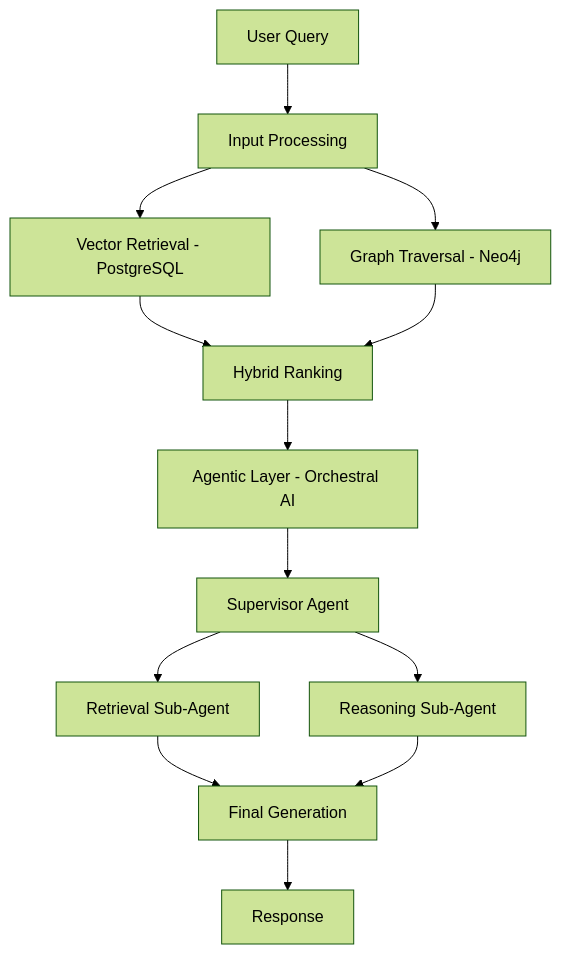
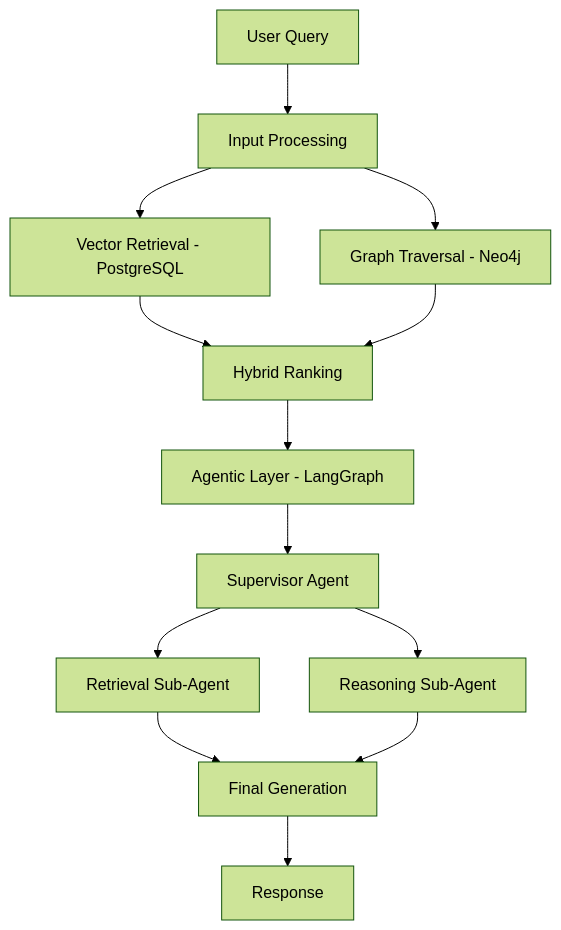
One commit to raqkaaq/ArxivResearchAgent changed the first of 3 diagrams in RAG_PRD.md. Above: the diagram before and after it, drawn with Mermaid (forest theme). The commit also changed other lines of this file and 9 other files, not shown here.

````diff
--- a/RAG_PRD.md
+++ b/RAG_PRD.md
@@ -33,15 +33,15 @@
 ```mermaid
 graph TD
     A[User Query] --> B[Input Processing]
     B --> C[Vector Retrieval - PostgreSQL]
     B --> D[Graph Traversal - Neo4j]
     C --> E[Hybrid Ranking]
     D --> E
-    E --> F[Agentic Layer - Orchestral AI]
+    E --> F[Agentic Layer - LangGraph]
     F --> G[Supervisor Agent]
     G --> H[Retrieval Sub-Agent]
     G --> I[Reasoning Sub-Agent]
     H --> J[Final Generation]
     I --> J
     J --> K[Response]
 ```
````
